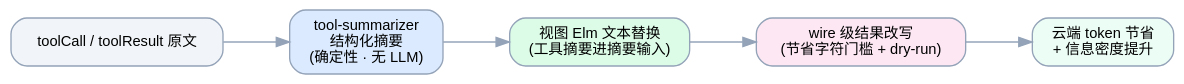
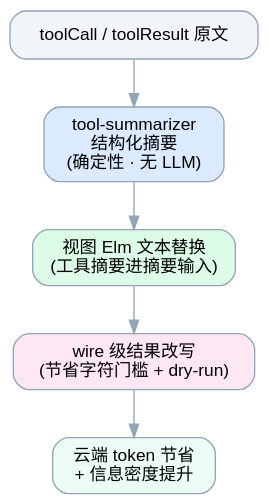
One commit to i1j/context-assembler-DSH changed the diagram in docs/images/src/tool-rewrite.dot. Above: the diagram before and after it, drawn with Graphviz. The commit also changed 7 other files, not shown here.

First line of the commit message:
docs: 框图改竖版 + 文字与正文适配

```diff
--- a/docs/images/src/tool-rewrite.dot
+++ b/docs/images/src/tool-rewrite.dot
@@ -1,12 +1,12 @@
 digraph toolrewrite {
-  rankdir=LR;
-  graph [fontname="Helvetica", bgcolor="transparent", pad="0.25", nodesep="0.45", ranksep="0.7"];
-  node [shape=box, style="rounded,filled", color="#94a3b8", fontname="Helvetica", fontsize=11, margin="0.16,0.09"];
-  edge [color="#94a3b8", fontname="Helvetica", fontsize=10];
+  rankdir=TB;
+  graph [fontname="Helvetica", bgcolor="transparent", pad="0.25", nodesep="0.5", ranksep="0.5"];
+  node [shape=box, style="rounded,filled", color="#94a3b8", fontname="Helvetica", fontsize=13, margin="0.18,0.10"];
+  edge [color="#94a3b8", fontname="Helvetica", fontsize=12];
   raw [label="toolCall / toolResult 原文", fillcolor="#f1f5f9"];
   sum [label="tool-summarizer\n结构化摘要\n(确定性 · 无 LLM)", fillcolor="#dbeafe"];
   elm [label="视图 Elm 文本替换\n(工具摘要进摘要输入)", fillcolor="#dcfce7"];
   wire [label="wire 级结果改写\n(节省字符门槛 + dry-run)", fillcolor="#fce7f3"];
   saved [label="云端 token 节省\n+ 信息密度提升", fillcolor="#ecfdf5"];
   raw -> sum -> elm -> wire -> saved;
 }
```
